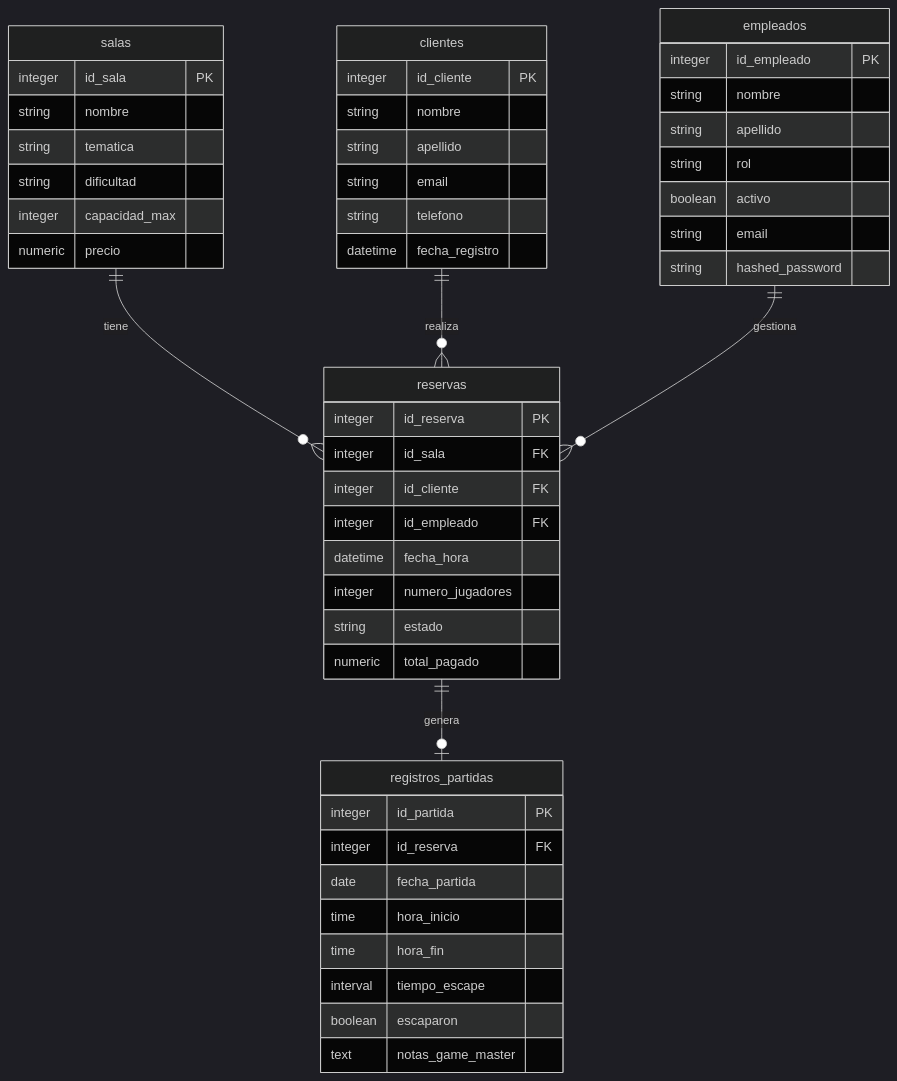
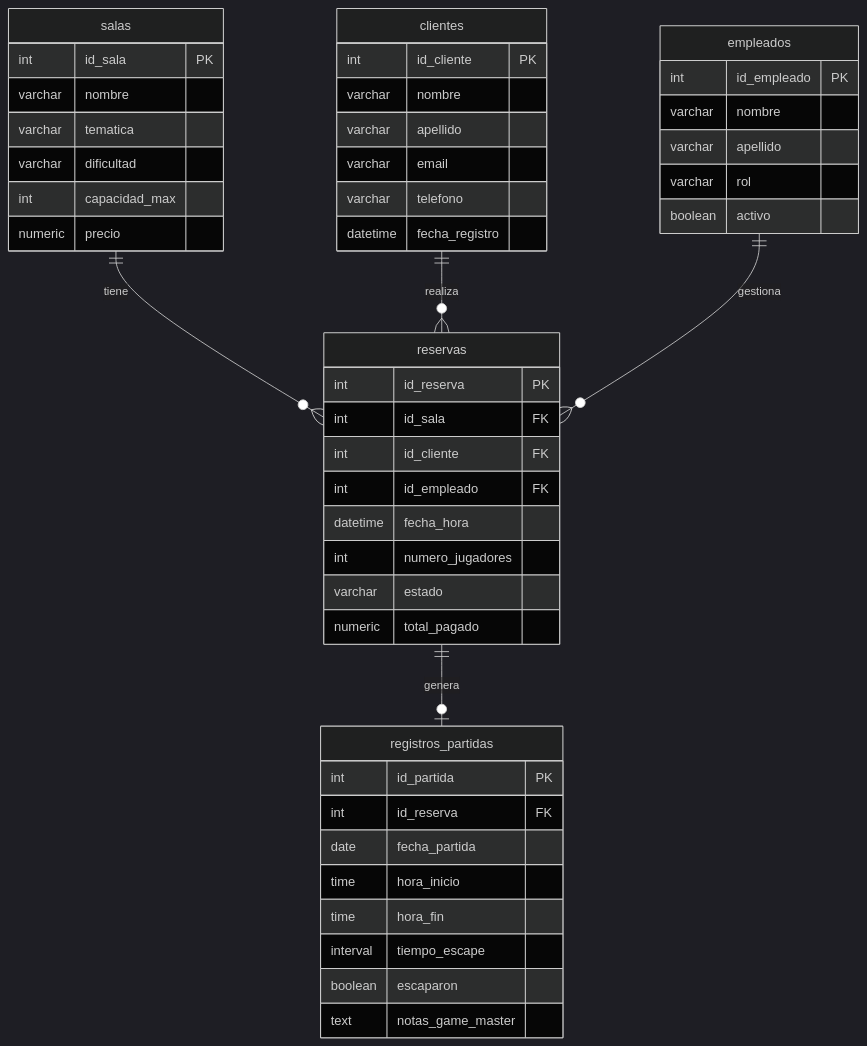
The diagram in README.md (Bootcamp-IA-MAD-P7/proyecto2-grupo3), drawn with Mermaid (dark theme) before and after one commit. The commit also changed other lines of this file and 13 other files, not shown here.

````diff
--- a/README.md
+++ b/README.md
@@ -184,57 +234,55 @@
 ```mermaid
 erDiagram
   salas {
-    integer id_sala PK
-    string nombre
-    string tematica
-    string dificultad
-    integer capacidad_max
+    int id_sala PK
+    varchar nombre
+    varchar tematica
+    varchar dificultad
+    int capacidad_max
     numeric precio
   }
 
   clientes {
-    integer id_cliente PK
-    string nombre
-    string apellido
-    string email
-    string telefono
+    int id_cliente PK
+    varchar nombre
+    varchar apellido
+    varchar email
+    varchar telefono
     datetime fecha_registro
   }
 
   empleados {
-    integer id_empleado PK
-    string nombre
-    string apellido
-    string rol
+    int id_empleado PK
+    varchar nombre
+    varchar apellido
+    varchar rol
     boolean activo
-    string email
-    string hashed_password
   }
 
   reservas {
-    integer id_reserva PK
-    integer id_sala FK
-    integer id_cliente FK
-    integer id_empleado FK
+    int id_reserva PK
+    int id_sala FK
+    int id_cliente FK
+    int id_empleado FK
     datetime fecha_hora
-    integer numero_jugadores
-    string estado
+    int numero_jugadores
+    varchar estado
     numeric total_pagado
   }
 
   registros_partidas {
-    integer id_partida PK
-    integer id_reserva FK
+    int id_partida PK
+    int id_reserva FK
     date fecha_partida
     time hora_inicio
     time hora_fin
     interval tiempo_escape
     boolean escaparon
     text notas_game_master
   }
 
   salas ||--o{ reservas : "tiene"
   clientes ||--o{ reservas : "realiza"
   empleados ||--o{ reservas : "gestiona"
   reservas ||--o| registros_partidas : "genera"
 ```
````
